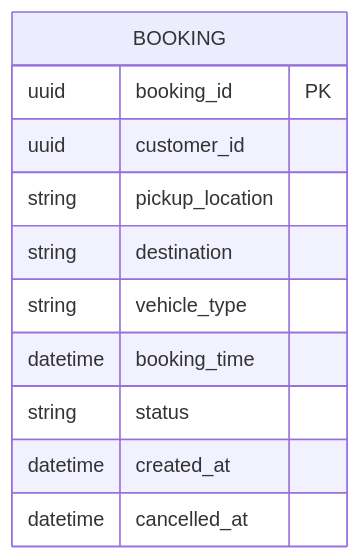
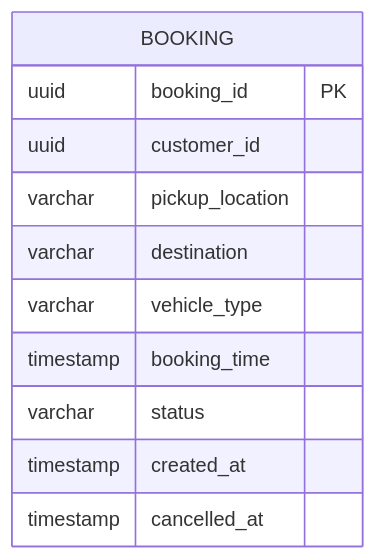
Before and after one commit to Phamha0601/23680571_PhamThiThuHa_CabSystem: the sixth of 28 diagrams in Microservice_Design.md, drawn with Mermaid. The commit also changed other lines of this file, not shown here.

````diff
--- a/Microservice_Design.md
+++ b/Microservice_Design.md
@@ -783,15 +407,15 @@
 ```mermaid
 erDiagram
 
     BOOKING {
         uuid booking_id PK
         uuid customer_id
-        string pickup_location
-        string destination
-        string vehicle_type
-        datetime booking_time
-        string status
-        datetime created_at
-        datetime cancelled_at
+        varchar pickup_location
+        varchar destination
+        varchar vehicle_type
+        timestamp booking_time
+        varchar status
+        timestamp created_at
+        timestamp cancelled_at
     }
 ```
````
